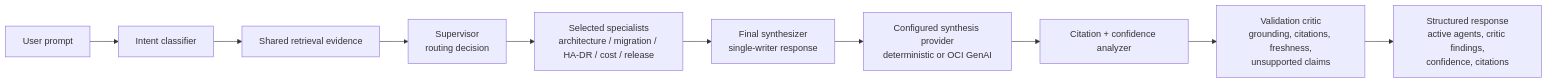
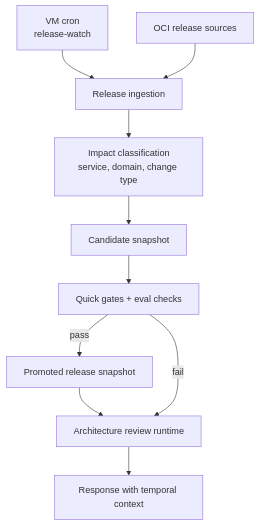
Before and after one commit to BfShaik/OCI-Architecture-Studio: the sixth of 6 diagrams in docs/architecture/architecture-diagrams.md, drawn with Mermaid. The commit also changed other lines of this file and 7 other files, not shown here.

````diff
--- a/docs/architecture/architecture-diagrams.md
+++ b/docs/architecture/architecture-diagrams.md
@@ -236,15 +127,18 @@
 ```mermaid
-flowchart LR
-  Prompt["User prompt"]
-  Classifier["Intent classifier"]
-  Evidence["Shared retrieval evidence"]
-  Supervisor["Supervisor\nrouting decision"]
-  Specialists["Selected specialists\narchitecture / migration / HA-DR / cost / release"]
-  Aggregator["Final synthesizer\nsingle-writer response"]
-  Synth["Configured synthesis provider\ndeterministic or OCI GenAI"]
-  Quality["Citation + confidence analyzer"]
-  Critic["Validation critic\ngrounding, citations, freshness,\nunsupported claims"]
-  Response["Structured response\nactive agents, critic findings,\nconfidence, citations"]
+flowchart TD
+  Cron["VM cron\nrelease-watch"]
+  ReleaseSources["OCI release sources"]
+  Ingest["Release ingestion"]
+  Classify["Impact classification\nservice, domain, change type"]
+  Candidate["Candidate snapshot"]
+  Gates["Quick gates + eval checks"]
+  Promote["Promoted release snapshot"]
+  Runtime["Architecture review runtime"]
+  Answer["Response with temporal context"]
 
-  Prompt --> Classifier --> Evidence --> Supervisor --> Specialists --> Aggregator --> Synth --> Quality --> Critic --> Response
+  Cron --> Ingest
+  ReleaseSources --> Ingest --> Classify --> Candidate --> Gates
+  Gates -->|pass| Promote --> Runtime
+  Gates -->|fail| Runtime
+  Runtime --> Answer
 ```
````
